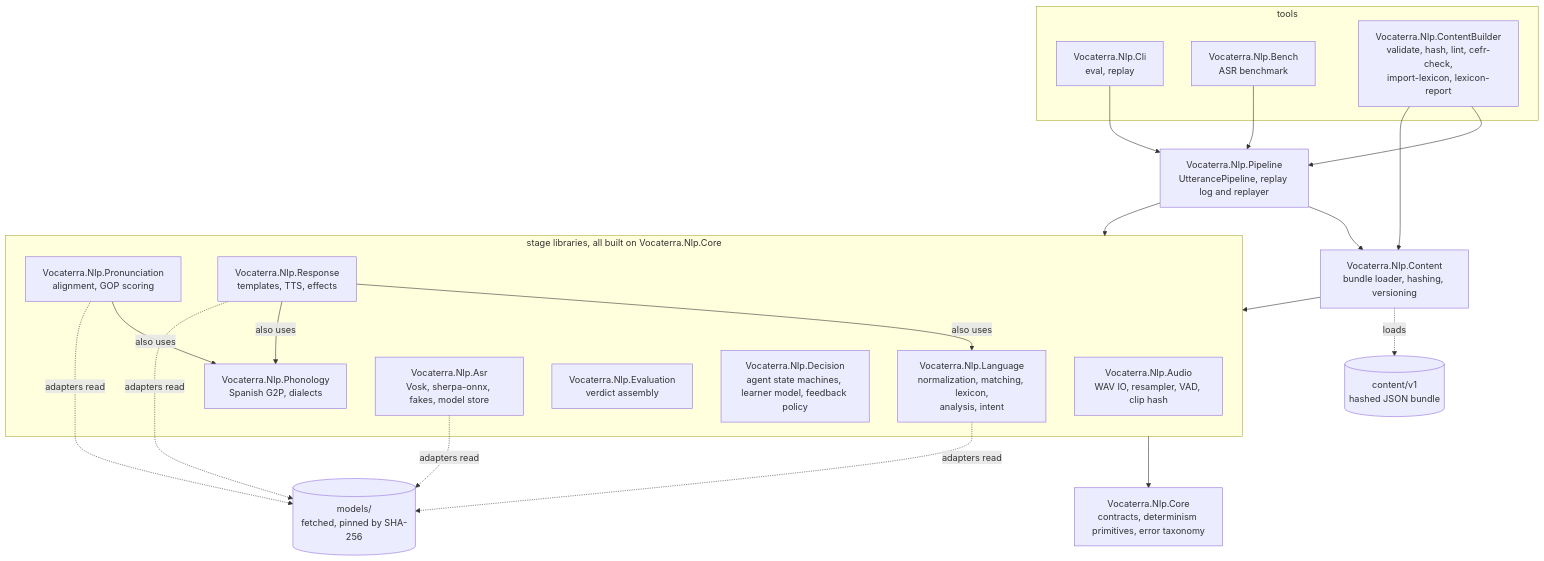
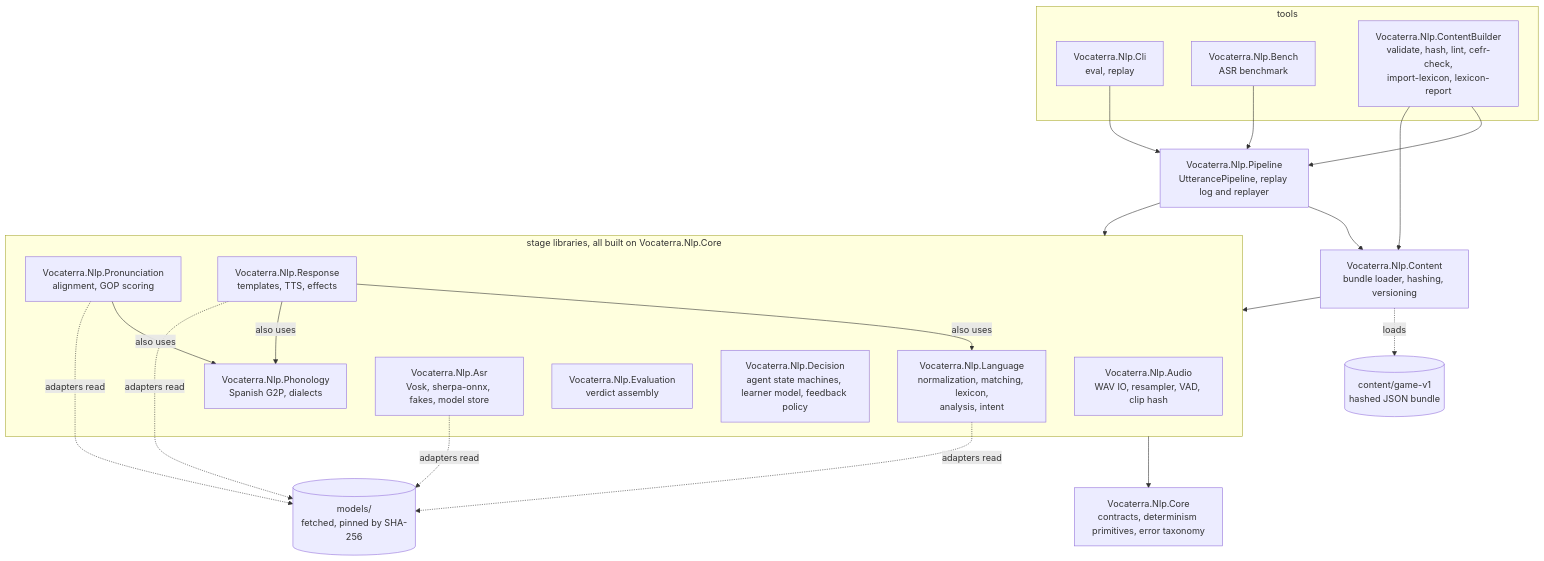
One commit to james-d12/Vocaterra changed the diagram in docs/nlp/README.md. Above: the diagram before and after it, drawn with Mermaid. The commit also changed other lines of this file and 20 other files, not shown here.

Commit message:
R02: docs, orchestrator and CLAUDE.md for one bundle; real CLI outputs on content/game-v1; ATTRIBUTION rehashed

````diff
--- a/docs/nlp/README.md
+++ b/docs/nlp/README.md
@@ -22,40 +23,40 @@
 ```mermaid
 flowchart TD
     subgraph TOOLS[tools]
         CLI[Vocaterra.Nlp.Cli<br/>eval, replay]
         BENCH[Vocaterra.Nlp.Bench<br/>ASR benchmark]
         BUILDER[Vocaterra.Nlp.ContentBuilder<br/>validate, hash, lint, cefr-check,<br/>import-lexicon, lexicon-report]
     end
     PIPE[Vocaterra.Nlp.Pipeline<br/>UtterancePipeline, replay log and replayer]
     CONTENT[Vocaterra.Nlp.Content<br/>bundle loader, hashing, versioning]
     subgraph STAGES[stage libraries, all built on Vocaterra.Nlp.Core]
         AUDIO[Vocaterra.Nlp.Audio<br/>WAV IO, resampler, VAD, clip hash]
         PHON[Vocaterra.Nlp.Phonology<br/>Spanish G2P, dialects]
         NLP[Vocaterra.Nlp.Language<br/>normalization, matching, lexicon,<br/>analysis, intent]
         PRON[Vocaterra.Nlp.Pronunciation<br/>alignment, GOP scoring]
         ASR[Vocaterra.Nlp.Asr<br/>Vosk, sherpa-onnx, fakes, model store]
         EVAL[Vocaterra.Nlp.Evaluation<br/>verdict assembly]
         DEC[Vocaterra.Nlp.Decision<br/>agent state machines, learner model, feedback policy]
         RESP[Vocaterra.Nlp.Response<br/>templates, TTS, effects]
     end
     CORE[Vocaterra.Nlp.Core<br/>contracts, determinism primitives, error taxonomy]
-    BUNDLE[(content/v1<br/>hashed JSON bundle)]
+    BUNDLE[(content/game-v1<br/>hashed JSON bundle)]
     MODELS[(models/<br/>fetched, pinned by SHA-256)]
 
     CLI --> PIPE
     BENCH --> PIPE
     BUILDER --> PIPE
     BUILDER --> CONTENT
     PIPE --> CONTENT
     PIPE --> STAGES
     CONTENT --> STAGES
     STAGES --> CORE
     PRON -->|also uses| PHON
     RESP -->|also uses| NLP
     RESP -->|also uses| PHON
     CONTENT -.->|loads| BUNDLE
     ASR -.->|adapters read| MODELS
     PRON -.->|adapters read| MODELS
     NLP -.->|adapters read| MODELS
     RESP -.->|adapters read| MODELS
 ```
````
